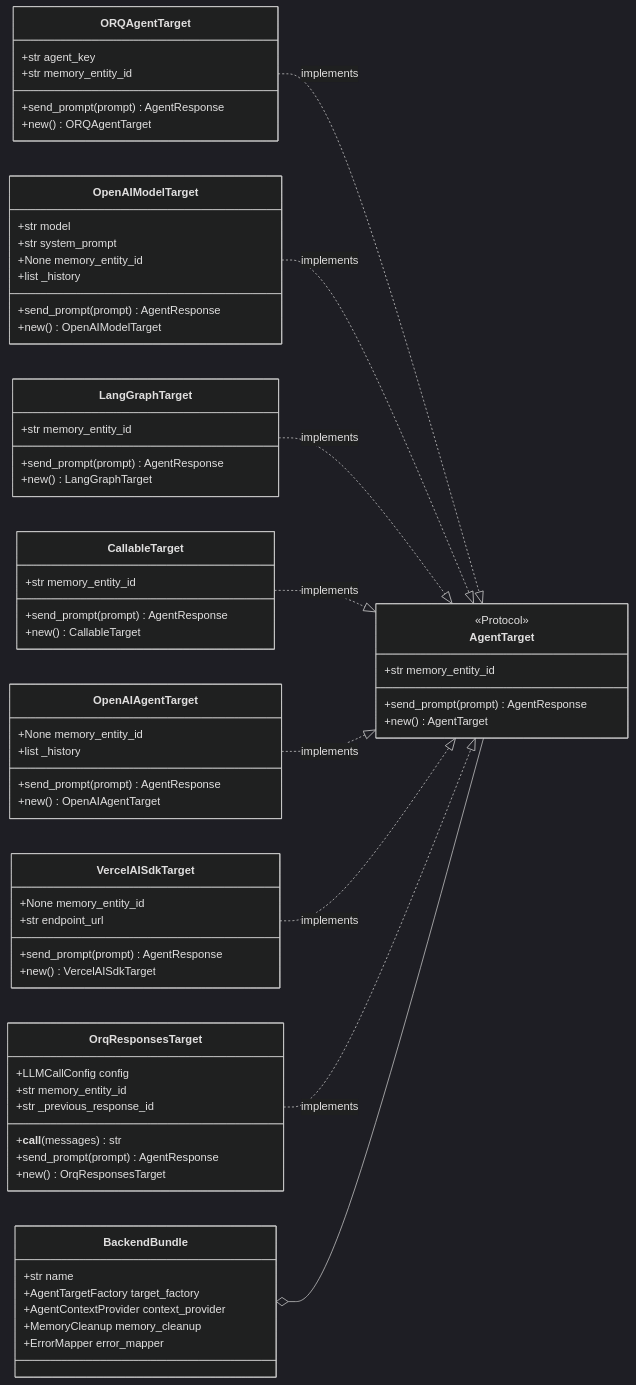
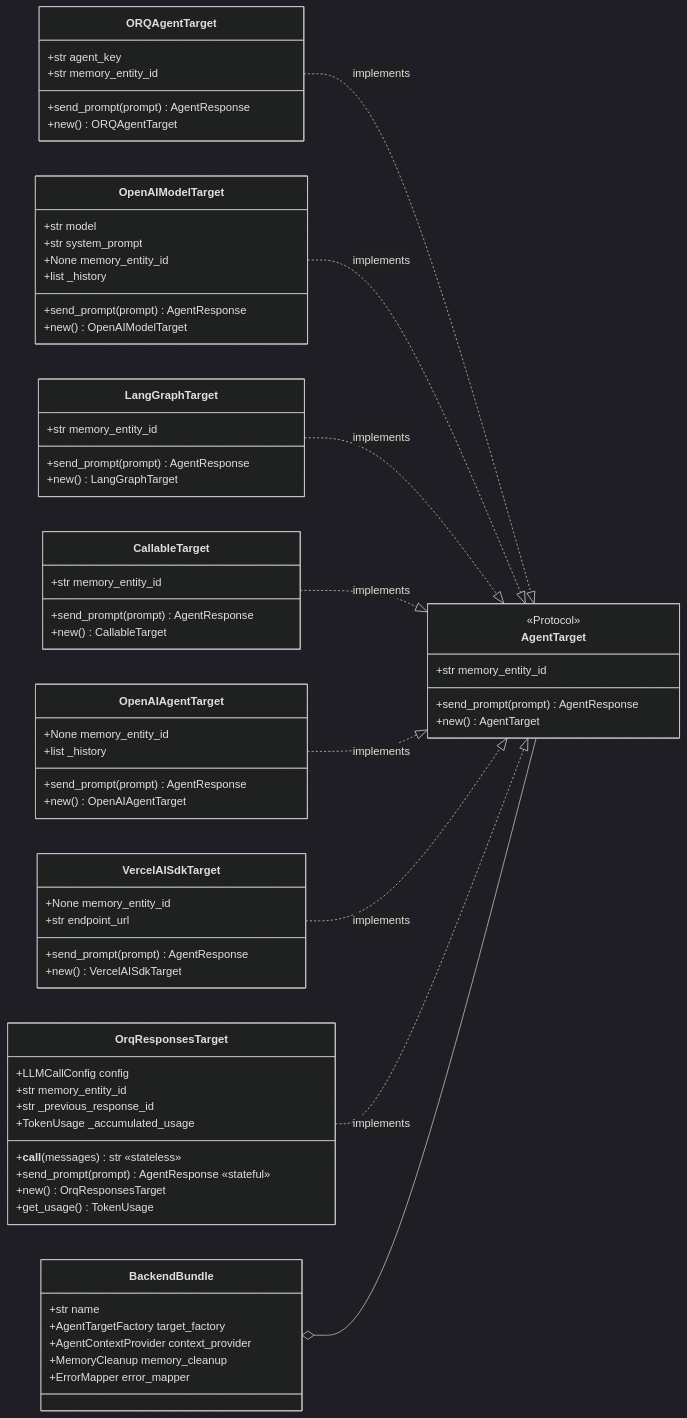
One commit to orq-ai/orqkit changed the second of 3 diagrams in docs/types-uml.md. Above: the diagram before and after it, drawn with Mermaid (dark theme). The commit also changed other lines of this file, not shown here.

Commit message:
docs(types-uml): reflect partial-stateless OrqResponsesTarget contract
- Class diagrams: tag __call__ as «stateless», send_prompt as «stateful»;
  add _accumulated_usage field and get_usage() method to both diagram
  occurrences.
- Add ownership note explaining the partial-stateless contract, the shared
  pure _call_responses_api helper, and the two private wrappers.
- HTML tldr: note dual-role with partial-stateless contract.
- HTML FAQ: rewrite "Why is OrqResponsesTarget dual-role?" to describe the
  partial-stateless split rather than the stale "sim resets
  _previous_response_id each turn" wording.
- HTML target table: replace "Do not mix __call__ and send_prompt on same
  instance" with the now-accurate "safe to mix on one instance".

````diff
--- a/docs/types-uml.md
+++ b/docs/types-uml.md
@@ -407,71 +408,73 @@
 ```mermaid
 classDiagram
     direction LR
 
     class AgentTarget {
         <<Protocol>>
         +str memory_entity_id
         +send_prompt(prompt) AgentResponse
         +new() AgentTarget
     }
     class ORQAgentTarget {
         +str agent_key
         +str memory_entity_id
         +send_prompt(prompt) AgentResponse
         +new() ORQAgentTarget
     }
     class OpenAIModelTarget {
         +str model
         +str system_prompt
         +None memory_entity_id
         +list _history
         +send_prompt(prompt) AgentResponse
         +new() OpenAIModelTarget
     }
     class BackendBundle {
         +str name
         +AgentTargetFactory target_factory
         +AgentContextProvider context_provider
         +MemoryCleanup memory_cleanup
         +ErrorMapper error_mapper
     }
     class LangGraphTarget {
         +str memory_entity_id
         +send_prompt(prompt) AgentResponse
         +new() LangGraphTarget
     }
     class CallableTarget {
         +str memory_entity_id
         +send_prompt(prompt) AgentResponse
         +new() CallableTarget
     }
     class OpenAIAgentTarget {
         +None memory_entity_id
         +list _history
         +send_prompt(prompt) AgentResponse
         +new() OpenAIAgentTarget
     }
     class VercelAISdkTarget {
         +None memory_entity_id
         +str endpoint_url
         +send_prompt(prompt) AgentResponse
         +new() VercelAISdkTarget
     }
     class OrqResponsesTarget {
         +LLMCallConfig config
         +str memory_entity_id
         +str _previous_response_id
-        +__call__(messages) str
-        +send_prompt(prompt) AgentResponse
+        +TokenUsage _accumulated_usage
+        +__call__(messages) str «stateless»
+        +send_prompt(prompt) AgentResponse «stateful»
         +new() OrqResponsesTarget
+        +get_usage() TokenUsage
     }
 
     ORQAgentTarget ..|> AgentTarget : implements
     OpenAIModelTarget ..|> AgentTarget : implements
     LangGraphTarget ..|> AgentTarget : implements
     CallableTarget ..|> AgentTarget : implements
     OpenAIAgentTarget ..|> AgentTarget : implements
     VercelAISdkTarget ..|> AgentTarget : implements
     OrqResponsesTarget ..|> AgentTarget : implements
     BackendBundle o-- AgentTarget
 ```
````
